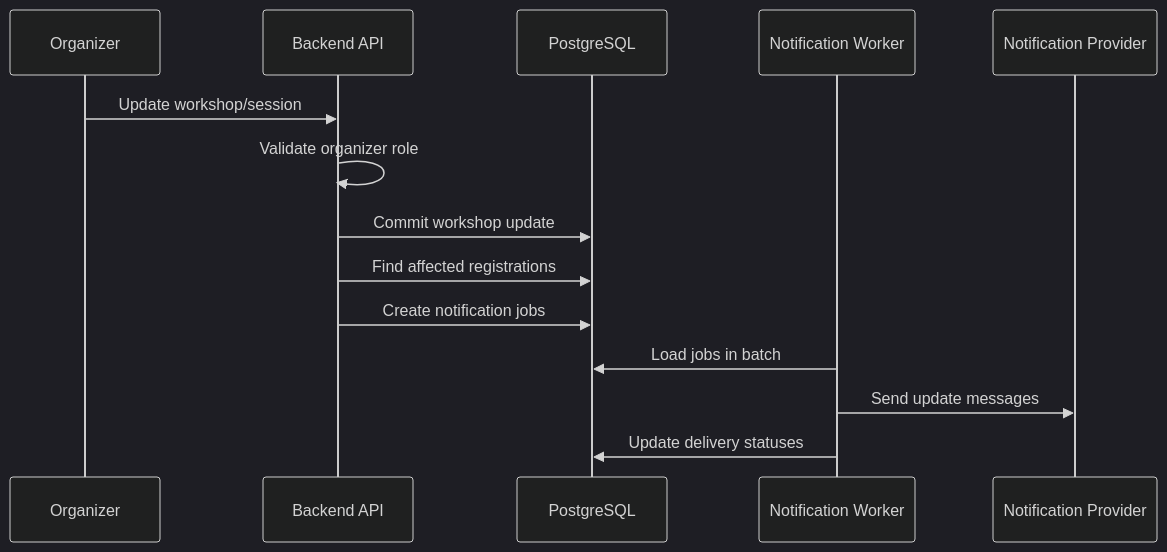
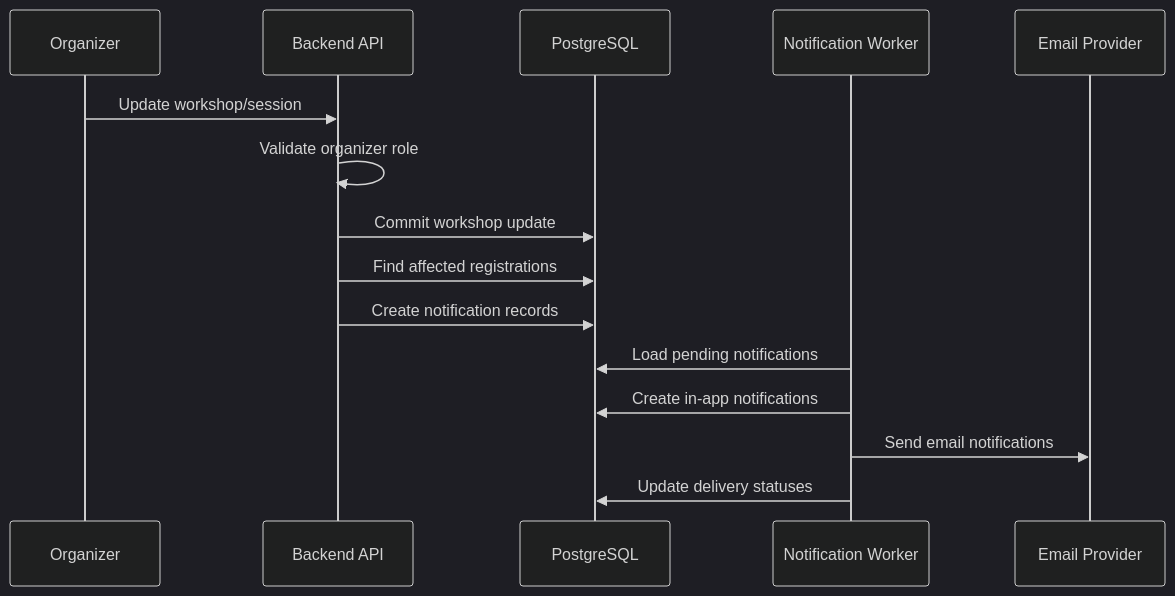
One commit to NguyenThanhTien539/unihub-workshop-system changed the second of 4 diagrams in blueprint/specs/notification.md. Above: the diagram before and after it, drawn with Mermaid (dark theme). The commit also changed other lines of this file and 8 other files, not shown here.

````diff
--- a/blueprint/specs/notification.md
+++ b/blueprint/specs/notification.md
@@ -84,17 +79,18 @@
 ```mermaid
 sequenceDiagram
     participant O as Organizer
     participant API as Backend API
     participant DB as PostgreSQL
     participant W as Notification Worker
-    participant Provider as Notification Provider
+    participant Provider as Email Provider
 
     O->>API: Update workshop/session
     API->>API: Validate organizer role
     API->>DB: Commit workshop update
     API->>DB: Find affected registrations
-    API->>DB: Create notification jobs
-    W->>DB: Load jobs in batch
-    W->>Provider: Send update messages
+    API->>DB: Create notification records
+    W->>DB: Load pending notifications
+    W->>DB: Create in-app notifications
+    W->>Provider: Send email notifications
     W->>DB: Update delivery statuses
 ```
````
